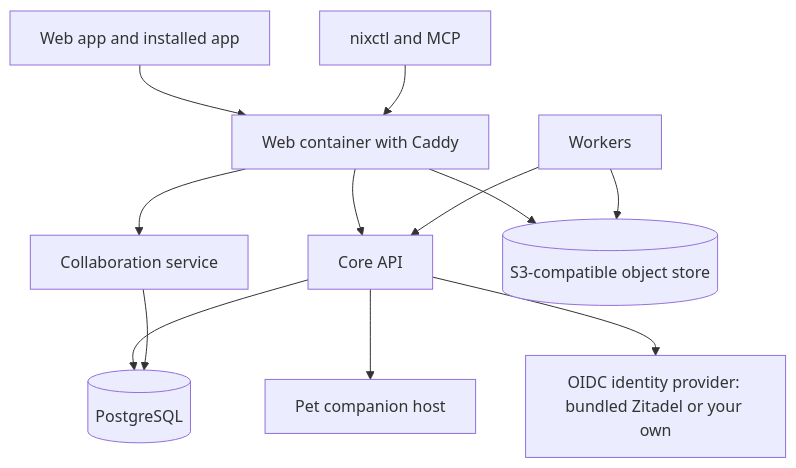
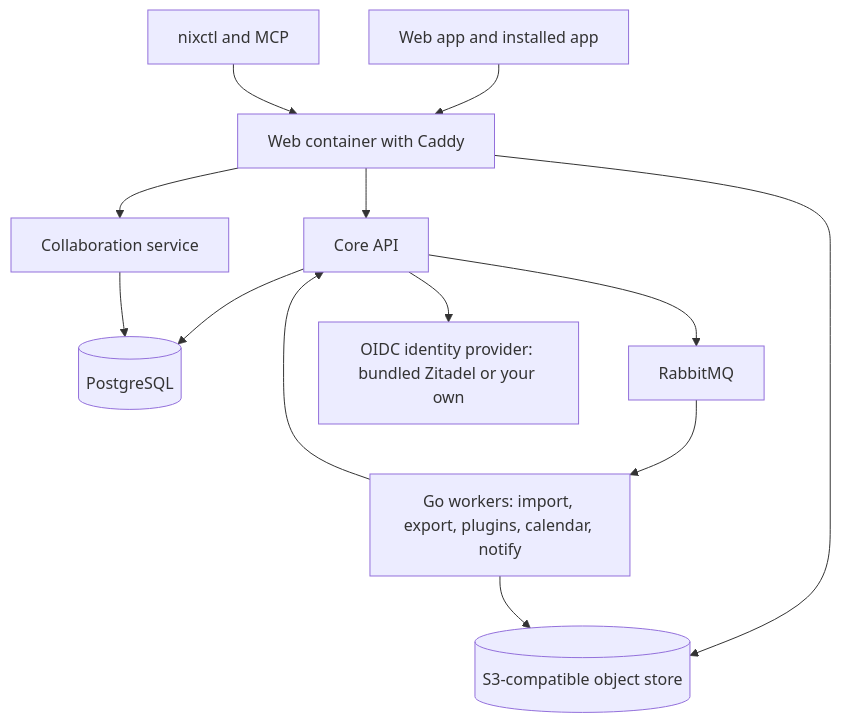
Before and after one commit to sianachi/nixsites: the diagram in docs/site/nix-docs/markdown/deployment/index.md, drawn with Mermaid. The commit also changed 15 other files, not shown here.

````diff
--- a/docs/site/nix-docs/markdown/deployment/index.md
+++ b/docs/site/nix-docs/markdown/deployment/index.md
@@ -14,15 +14,16 @@
 ```mermaid
 %% diagram
 flowchart TB
   Browser[Web app and installed app] --> Edge[Web container with Caddy]
   CLI[nixctl and MCP] --> Edge
   Edge --> Core[Core API]
   Edge --> Collab[Collaboration service]
   Edge --> Store[(S3-compatible object store)]
   Core --> PG[(PostgreSQL)]
   Collab --> PG
-  Core --> Companion[Pet companion host]
+  Core --> MQ[RabbitMQ]
+  MQ --> Workers[Go workers: import, export, plugins, calendar, notify]
   Workers --> Core
   Workers --> Store
   Core --> IdP[OIDC identity provider: bundled Zitadel or your own]
 ```
````
